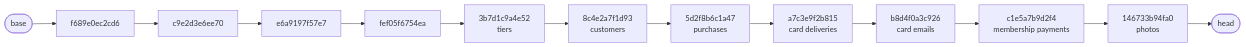
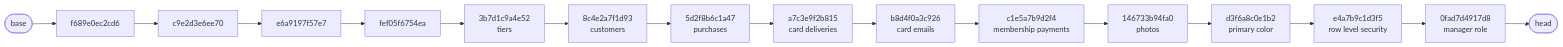
Before and after one commit to AGA-Studio/Member-Web: the sixth of 6 diagrams in docs/MIGRATIONS.md, drawn with Mermaid. The commit also changed other lines of this file and 3 other files, not shown here.

````diff
--- a/docs/MIGRATIONS.md
+++ b/docs/MIGRATIONS.md
@@ -209,15 +212,18 @@
 ```mermaid
 flowchart LR
     BASE(["base"]) --> R1["f689e0ec2cd6"]
     R1 --> R2["c9e2d3e6ee70"]
     R2 --> R3["e6a9197f57e7"]
     R3 --> R4["fef05f6754ea"]
     R4 --> R5["3b7d1c9a4e52<br/>tiers"]
     R5 --> R6["8c4e2a7f1d93<br/>customers"]
     R6 --> R7["5d2f8b6c1a47<br/>purchases"]
     R7 --> R8["a7c3e9f2b815<br/>card deliveries"]
     R8 --> R9["b8d4f0a3c926<br/>card emails"]
     R9 --> R10["c1e5a7b9d2f4<br/>membership payments"]
     R10 --> R11["146733b94fa0<br/>photos"]
-    R11 --> HEAD(["head"])
+    R11 --> R12["d3f6a8c0e1b2<br/>primary color"]
+    R12 --> R13["e4a7b9c1d3f5<br/>row level security"]
+    R13 --> R14["0fad7d4917d8<br/>manager role"]
+    R14 --> HEAD(["head"])
 ```
````
